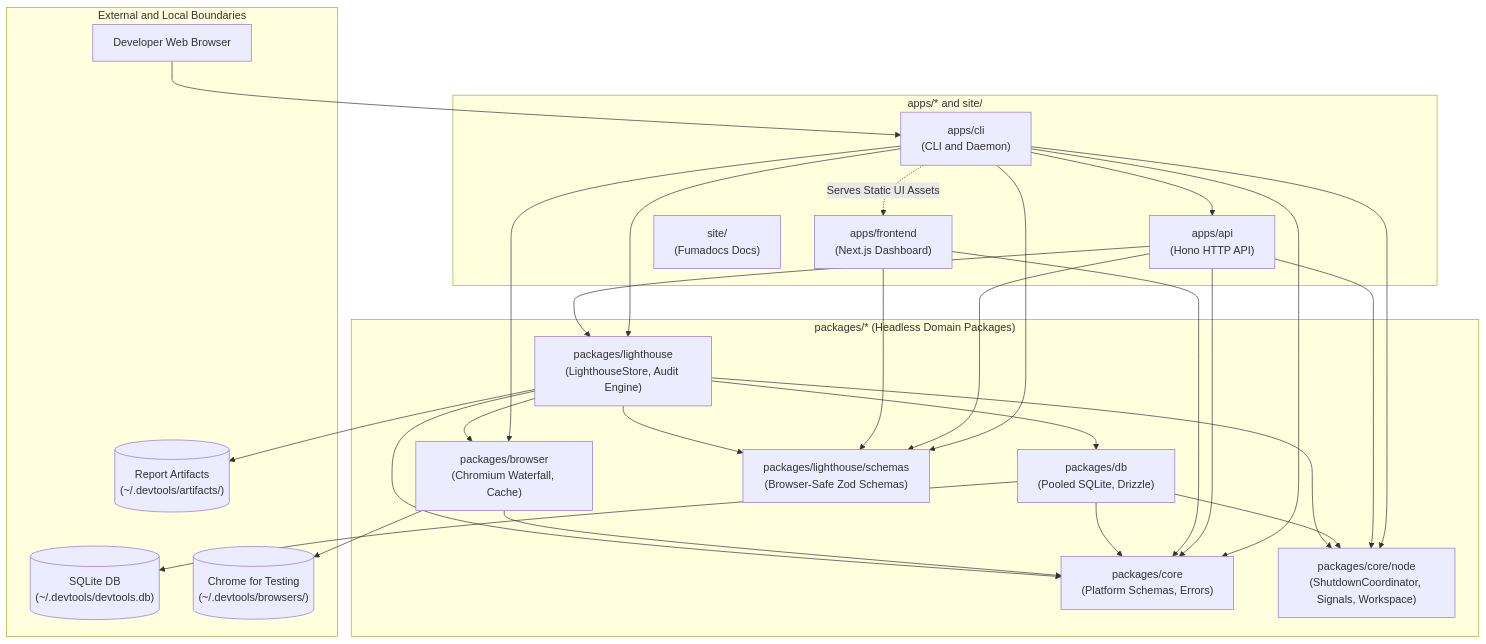
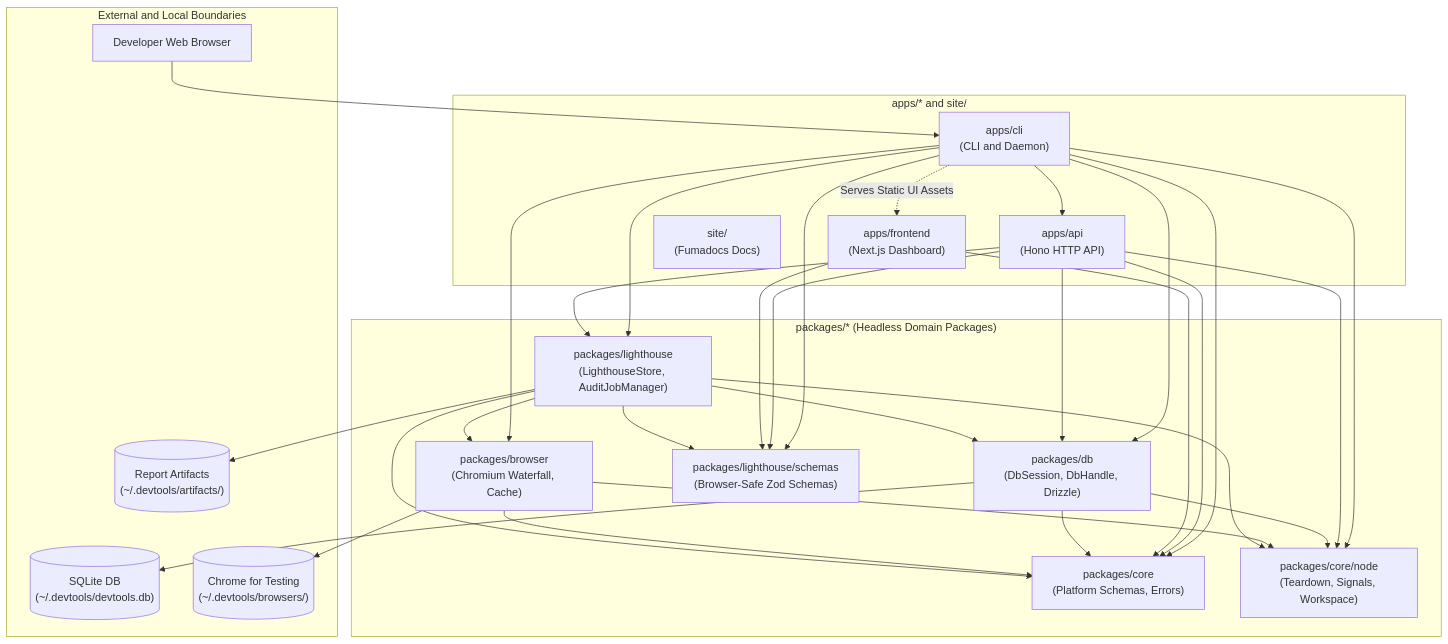
The diagram in docs/architecture/monorepo.md (ahmedhanye/devtools), drawn with Mermaid before and after one commit. The commit also changed other lines of this file and 5 other files, not shown here.

Commit message:
docs(architecture): sync architecture guides with layer 2 lifecycle

````diff
--- a/docs/architecture/monorepo.md
+++ b/docs/architecture/monorepo.md
@@ -24,51 +24,54 @@
 ```mermaid
 graph TD
   subgraph Applications ["apps/* and site/"]
     CLI["apps/cli<br/>(CLI and Daemon)"]
     API["apps/api<br/>(Hono HTTP API)"]
     Frontend["apps/frontend<br/>(Next.js Dashboard)"]
     Site["site/<br/>(Fumadocs Docs)"]
   end
 
   subgraph Packages ["packages/* (Headless Domain Packages)"]
     Core["packages/core<br/>(Platform Schemas, Errors)"]
-    CoreNode["packages/core/node<br/>(ShutdownCoordinator, Signals, Workspace)"]
-    DB["packages/db<br/>(Pooled SQLite, Drizzle)"]
+    CoreNode["packages/core/node<br/>(Teardown, Signals, Workspace)"]
+    DB["packages/db<br/>(DbSession, DbHandle, Drizzle)"]
     Browser["packages/browser<br/>(Chromium Waterfall, Cache)"]
     LighthouseSchemas["packages/lighthouse/schemas<br/>(Browser-Safe Zod Schemas)"]
-    Lighthouse["packages/lighthouse<br/>(LighthouseStore, Audit Engine)"]
+    Lighthouse["packages/lighthouse<br/>(LighthouseStore, AuditJobManager)"]
   end
 
   subgraph External ["External and Local Boundaries"]
     SQLiteFile[("SQLite DB<br/>(~/.devtools/devtools.db)")]
     CfT[("Chrome for Testing<br/>(~/.devtools/browsers/)")]
     Artifacts[("Report Artifacts<br/>(~/.devtools/artifacts/)")]
     BrowserClient["Developer Web Browser"]
   end
 
   CLI --> API
   CLI --> Core
   CLI --> CoreNode
+  CLI --> DB
   CLI --> Browser
   CLI --> Lighthouse
   CLI --> LighthouseSchemas
   API --> Core
   API --> CoreNode
+  API --> DB
   API --> Lighthouse
   API --> LighthouseSchemas
   Frontend --> Core
   Frontend --> LighthouseSchemas
   DB --> Core
   DB --> CoreNode
   DB --> SQLiteFile
   Browser --> Core
+  Browser --> CoreNode
   Browser --> CfT
   Lighthouse --> Core
   Lighthouse --> CoreNode
   Lighthouse --> DB
   Lighthouse --> Browser
   Lighthouse --> LighthouseSchemas
   Lighthouse --> Artifacts
   BrowserClient --> CLI
   CLI -.->|Serves Static UI Assets| Frontend
 ```
````
